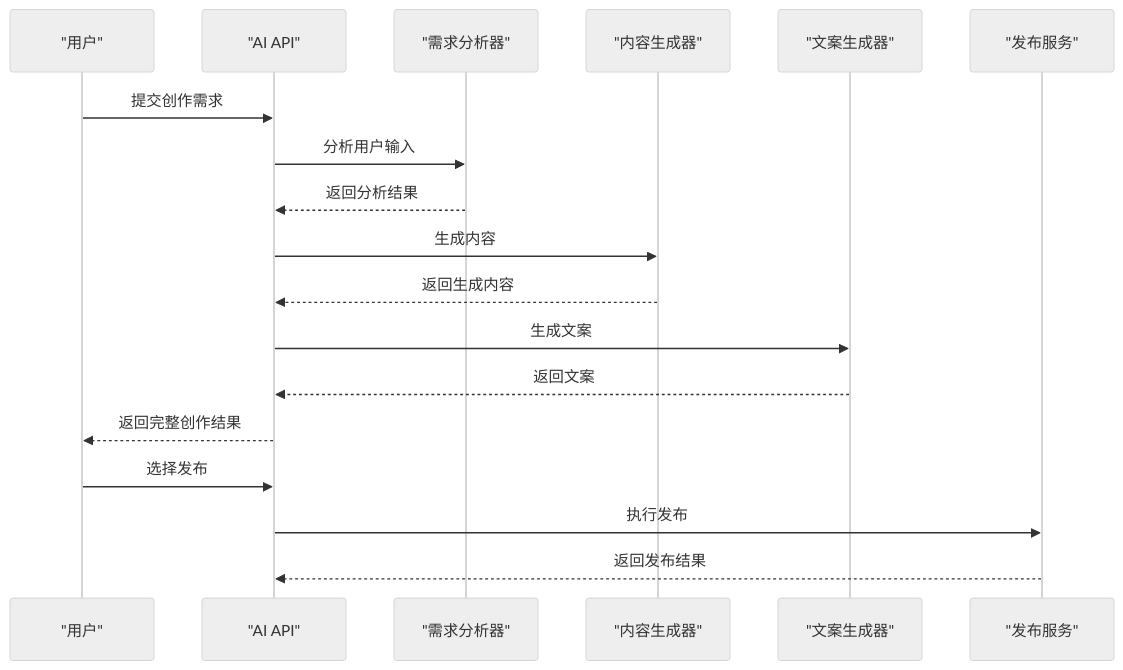
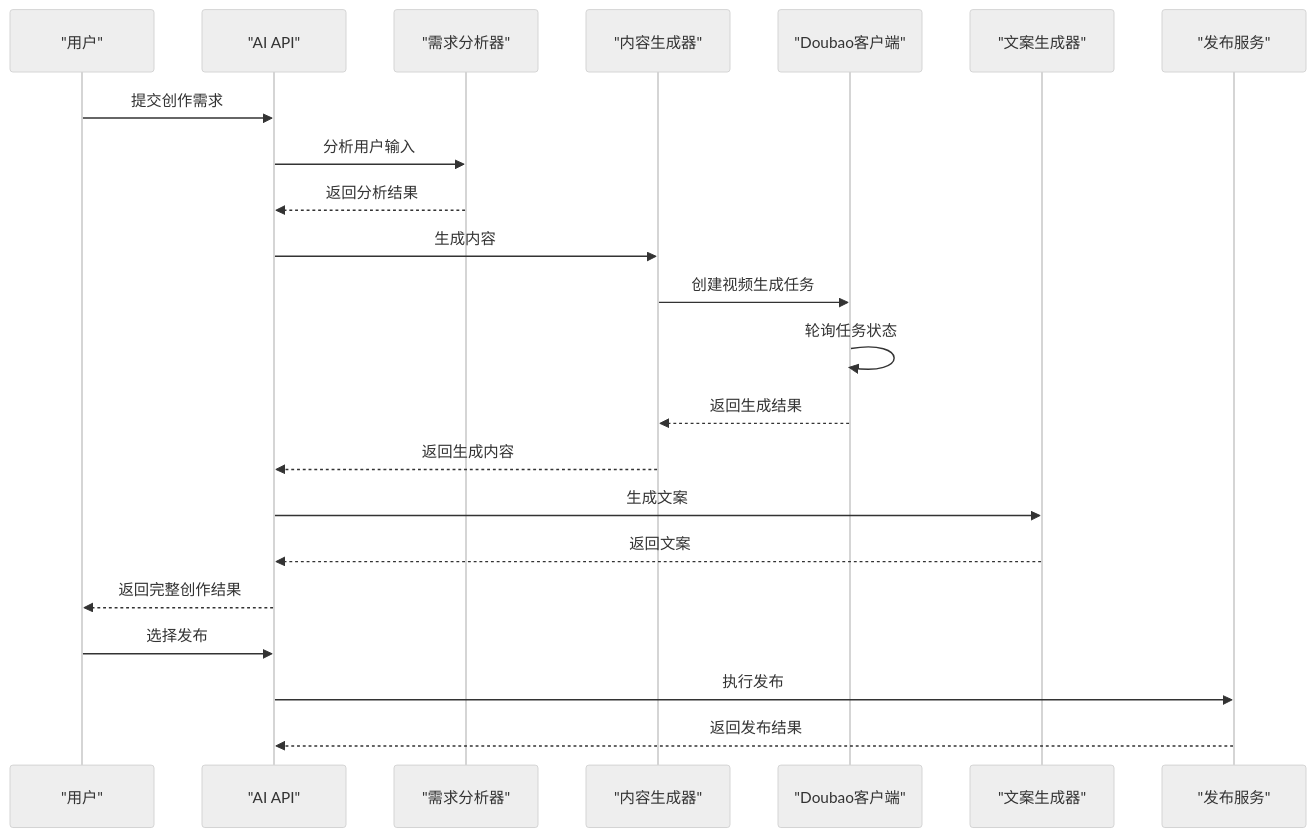
Before and after one commit to songdiyang/clawOperations: the eighth of 10 diagrams in .qoder/repowiki/zh/content/核心模块详解/AI内容生成系统.md, drawn with Mermaid (neutral theme). The commit also changed other lines of this file and 5 other files, not shown here.

````diff
--- a/.qoder/repowiki/zh/content/核心模块详解/AI内容生成系统.md
+++ b/.qoder/repowiki/zh/content/核心模块详解/AI内容生成系统.md
@@ -352,20 +403,24 @@
 ```mermaid
 sequenceDiagram
 participant User as "用户"
 participant API as "AI API"
 participant Analyzer as "需求分析器"
 participant Generator as "内容生成器"
+participant DoubaoClient as "Doubao客户端"
 participant Copywriter as "文案生成器"
 participant Publisher as "发布服务"
 User->>API : 提交创作需求
 API->>Analyzer : 分析用户输入
 Analyzer-->>API : 返回分析结果
 API->>Generator : 生成内容
+Generator->>DoubaoClient : 创建视频生成任务
+DoubaoClient->>DoubaoClient : 轮询任务状态
+DoubaoClient-->>Generator : 返回生成结果
 Generator-->>API : 返回生成内容
 API->>Copywriter : 生成文案
 Copywriter-->>API : 返回文案
 API-->>User : 返回完整创作结果
 User->>API : 选择发布
 API->>Publisher : 执行发布
 Publisher-->>API : 返回发布结果
 ```
````
